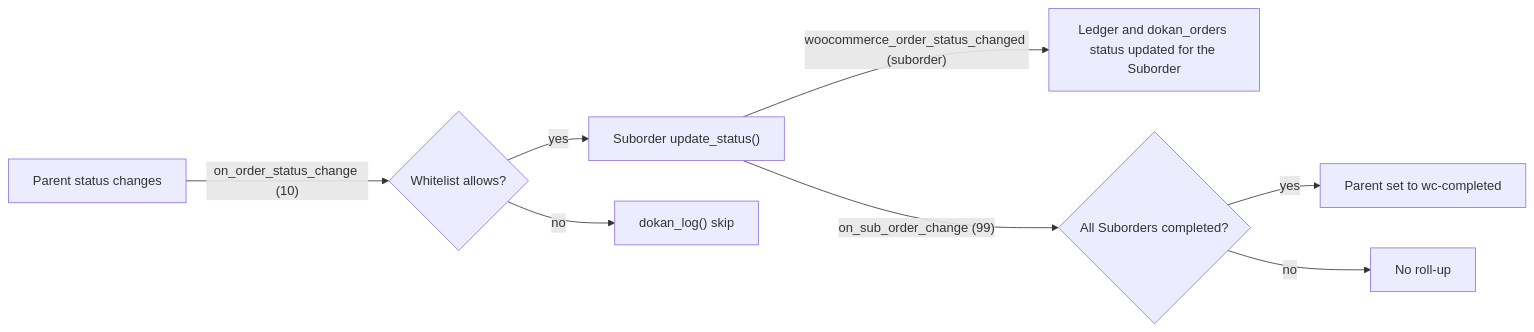
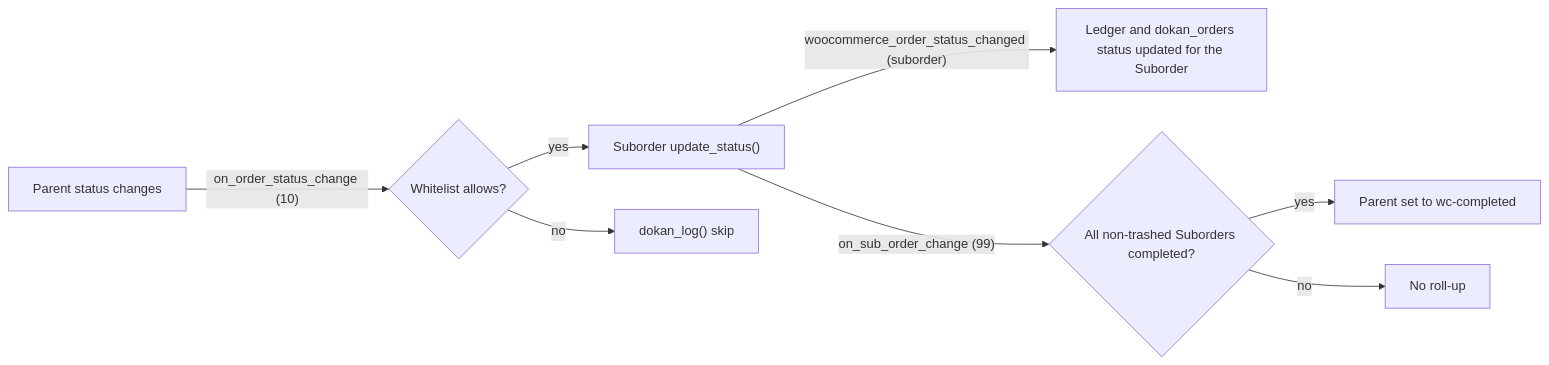
Before and after one commit to getdokan/dokan: the third of 3 diagrams in docs/adr/reference/woocommerce-integration-orders.md, drawn with Mermaid. The commit also changed other lines of this file and 50 other files, not shown here.

First line of the commit message:
docs(adr): correct money-flow rules and re-verify citations against develop

````diff
--- a/docs/adr/reference/woocommerce-integration-orders.md
+++ b/docs/adr/reference/woocommerce-integration-orders.md
@@ -229,10 +229,10 @@
 ```mermaid
 flowchart LR
     P["Parent status changes"] -- "on_order_status_change (10)" --> W{"Whitelist allows?"}
     W -- "yes" --> SU["Suborder update_status()"]
     W -- "no" --> LG["dokan_log() skip"]
     SU -- "woocommerce_order_status_changed (suborder)" --> RB["Ledger and dokan_orders status updated for the Suborder"]
-    SU -- "on_sub_order_change (99)" --> AC{"All Suborders completed?"}
+    SU -- "on_sub_order_change (99)" --> AC{"All non-trashed Suborders completed?"}
     AC -- "yes" --> PC["Parent set to wc-completed"]
     AC -- "no" --> N["No roll-up"]
 ```
````
